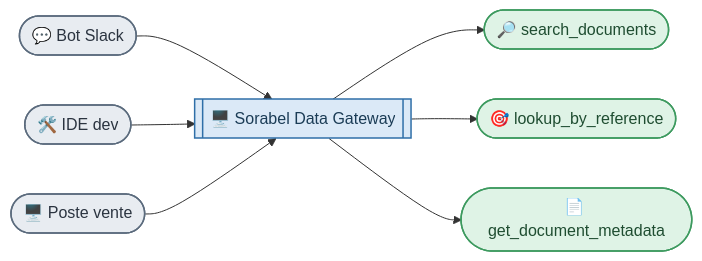
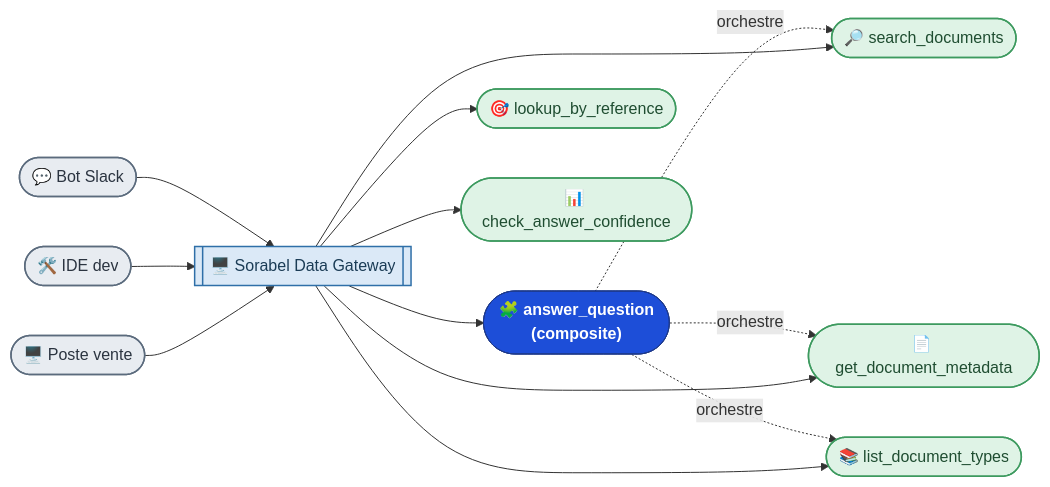
One commit to acerolaz/sorabel changed the fourth of 4 diagrams in rag-hybride/README.md. Above: the diagram before and after it, drawn with Mermaid. The commit also changed other lines of this file and 48 other files, not shown here.

````diff
--- a/rag-hybride/README.md
+++ b/rag-hybride/README.md
@@ -165,16 +165,26 @@
 ```mermaid
 flowchart LR
     C1(["💬 Bot Slack"]) --> MCP[["🖥️ Sorabel Data Gateway"]]
     C2(["🛠️ IDE dev"]) --> MCP
     C3(["🖥️ Poste vente"]) --> MCP
+
+    MCP --> T0(["🧩 answer_question<br/>(composite)"])
+    T0 -.orchestre.-> T1
+    T0 -.orchestre.-> T3
+    T0 -.orchestre.-> T5
+
     MCP --> T1(["🔎 search_documents"])
     MCP --> T2(["🎯 lookup_by_reference"])
     MCP --> T3(["📄 get_document_metadata"])
+    MCP --> T4(["📊 check_answer_confidence"])
+    MCP --> T5(["📚 list_document_types"])
 
     classDef client fill:#e8ecf1,stroke:#5b6b7d,stroke-width:1.5px,color:#2b3440
     classDef mcp fill:#dbe9f7,stroke:#2f6fa8,stroke-width:1.5px,color:#1b3c56
     classDef tool fill:#dff3e6,stroke:#3d9a5f,stroke-width:1.5px,color:#1f4d31
+    classDef composite fill:#1D4ED8,stroke:#1E3A8A,color:#fff,font-weight:bold
     class C1,C2,C3 client
     class MCP mcp
-    class T1,T2,T3 tool
+    class T0 composite
+    class T1,T2,T3,T4,T5 tool
 ```
````
